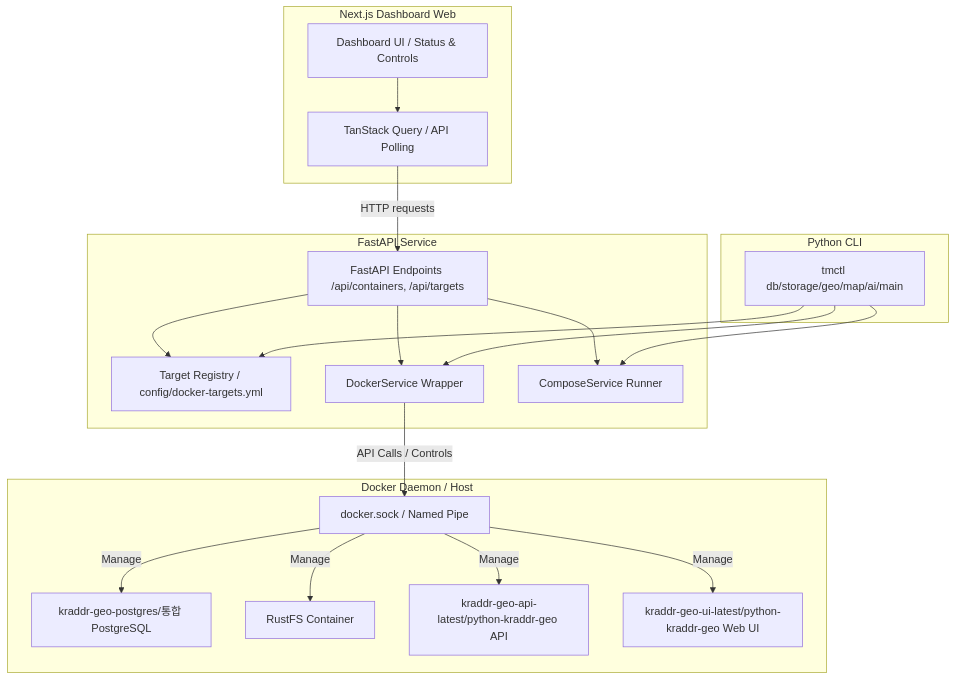
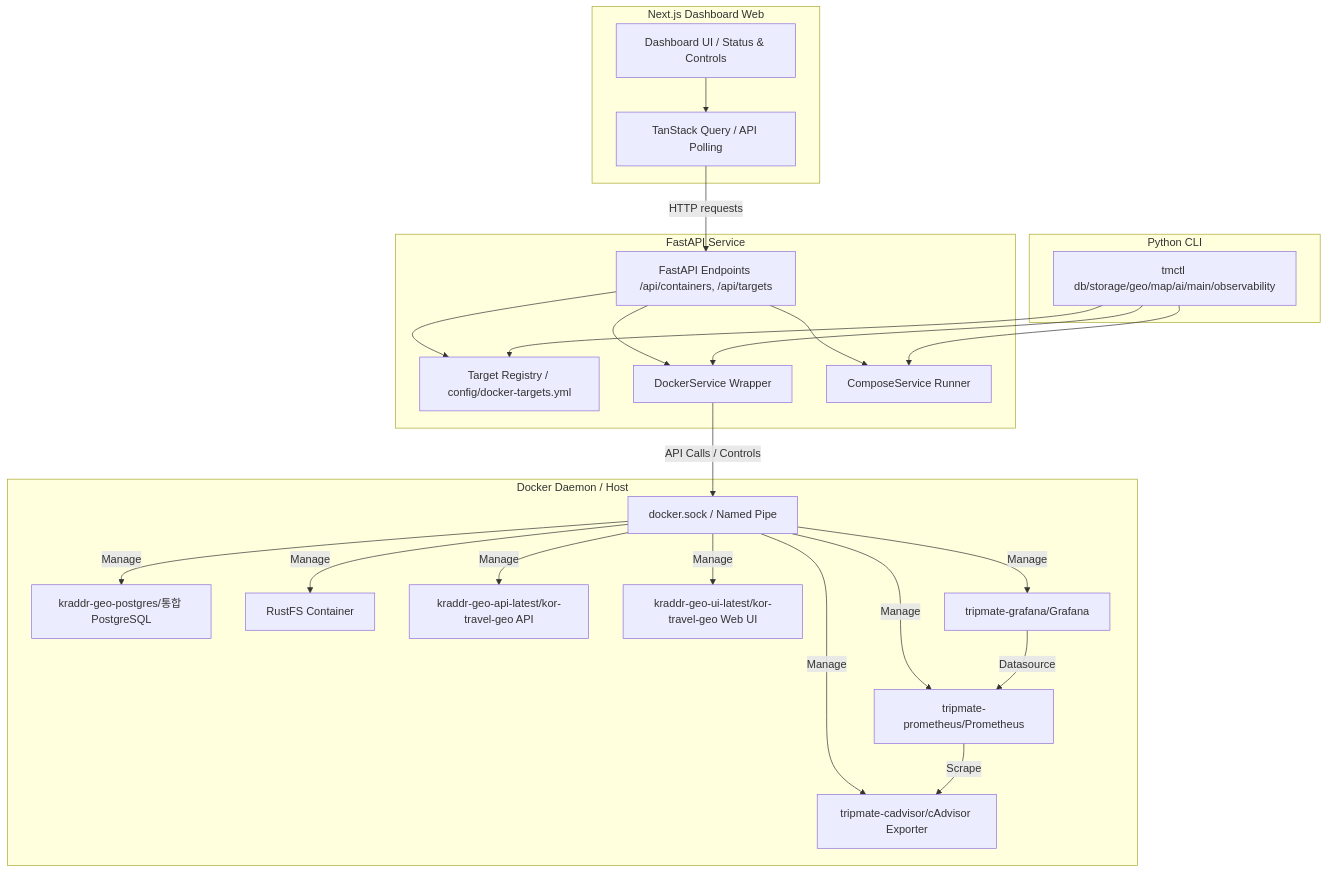
One commit to digitie/kor-travel-docker-manager changed the diagram in docs/architecture.md. Above: the diagram before and after it, drawn with Mermaid. The commit also changed other lines of this file and 25 other files, not shown here.

````diff
--- a/docs/architecture.md
+++ b/docs/architecture.md
@@ -11,41 +11,49 @@
 ```mermaid
 graph TD
     subgraph Frontend [Next.js Dashboard Web]
         UI[Dashboard UI / Status & Controls]
         TQ[TanStack Query / API Polling]
         UI --> TQ
     end
 
     subgraph Backend [FastAPI Service]
         API[FastAPI Endpoints /api/containers, /api/targets]
         REG[Target Registry / config/docker-targets.yml]
         DS[DockerService Wrapper]
         CS[ComposeService Runner]
         API --> REG
         API --> DS
         API --> CS
     end
 
     subgraph CLI [Python CLI]
-        CLI_CMD[tmctl db/storage/geo/map/ai/main]
+        CLI_CMD[tmctl db/storage/geo/map/ai/main/observability]
         CLI_CMD --> REG
         CLI_CMD --> DS
         CLI_CMD --> CS
     end
 
     subgraph Infrastructure [Docker Daemon / Host]
         D_Sock[docker.sock / Named Pipe]
         C_PG[kraddr-geo-postgres/통합 PostgreSQL]
         C_RFS[RustFS Container]
-        C_GEO_API[kraddr-geo-api-latest/python-kraddr-geo API]
-        C_GEO_UI[kraddr-geo-ui-latest/python-kraddr-geo Web UI]
+        C_GEO_API[kraddr-geo-api-latest/kor-travel-geo API]
+        C_GEO_UI[kraddr-geo-ui-latest/kor-travel-geo Web UI]
+        C_PROM[tripmate-prometheus/Prometheus]
+        C_GRAF[tripmate-grafana/Grafana]
+        C_EXP[tripmate-cadvisor/cAdvisor Exporter]
         
         DS -->|API Calls / Controls| D_Sock
         D_Sock -->|Manage| C_PG
         D_Sock -->|Manage| C_RFS
         D_Sock -->|Manage| C_GEO_API
         D_Sock -->|Manage| C_GEO_UI
+        D_Sock -->|Manage| C_PROM
+        D_Sock -->|Manage| C_GRAF
+        D_Sock -->|Manage| C_EXP
+        C_PROM -->|Scrape| C_EXP
+        C_GRAF -->|Datasource| C_PROM
     end
     
     TQ -->|HTTP requests| API
 ```
````
